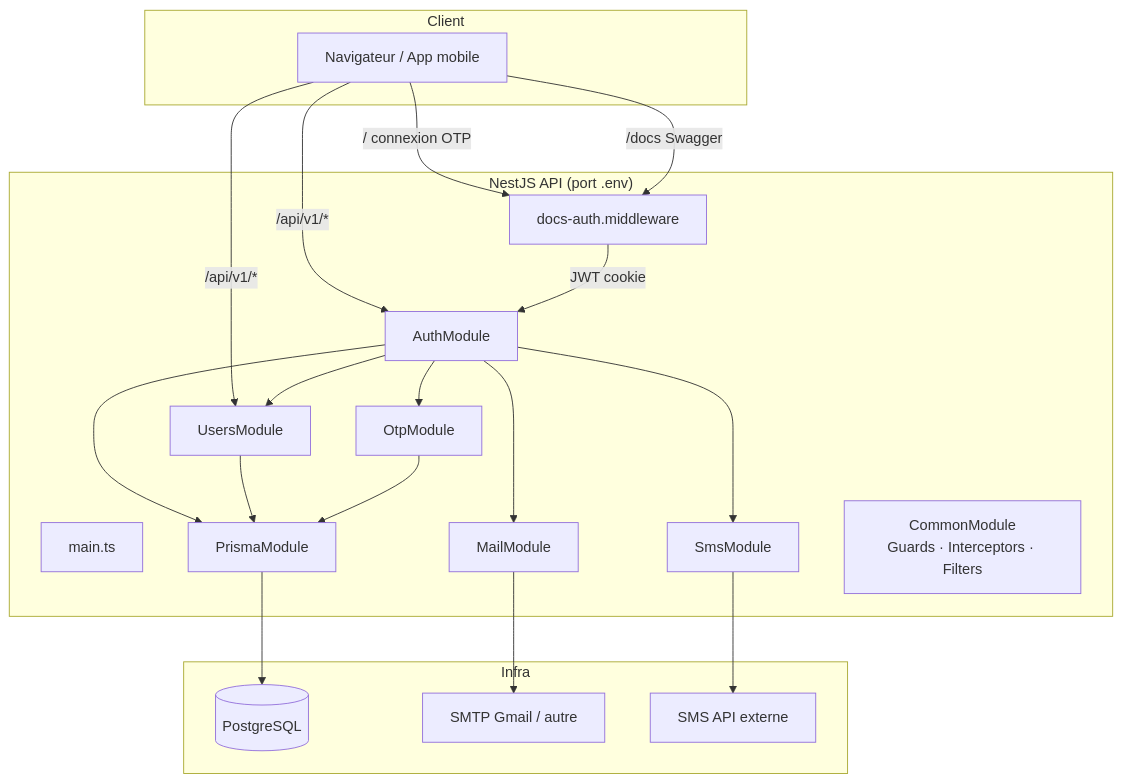
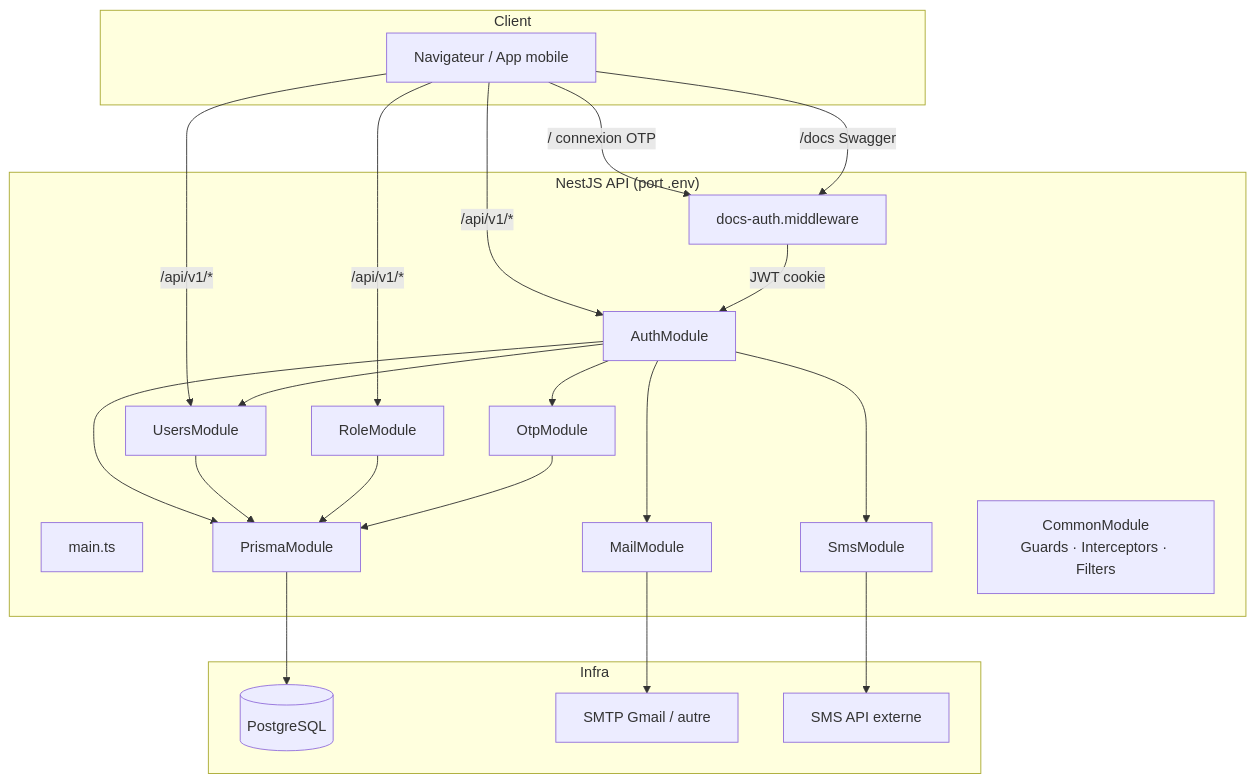
One commit to Vayrix-MATAG/api-vayrix changed the diagram in README.md. Above: the diagram before and after it, drawn with Mermaid. The commit also changed other lines of this file and 138 other files, not shown here.

````diff
--- a/README.md
+++ b/README.md
@@ -56,41 +126,44 @@
 ```mermaid
 flowchart TB
     subgraph Client
         WEB[Navigateur / App mobile]
     end
 
     subgraph NestJS["NestJS API (port .env)"]
         MAIN[main.ts]
         MW[docs-auth.middleware]
         AUTH[AuthModule]
         USERS[UsersModule]
+        ROLE[RoleModule]
         OTP[OtpModule]
         MAIL[MailModule]
         SMS[SmsModule]
         PRISMA[PrismaModule]
         COMMON[CommonModule<br/>Guards · Interceptors · Filters]
     end
 
     subgraph Infra
         PG[(PostgreSQL)]
         SMTP[SMTP Gmail / autre]
         SMSAPI[SMS API externe]
     end
 
     WEB -->|"/" connexion OTP| MW
     WEB -->|"/docs" Swagger| MW
     WEB -->|"/api/v1/*"| AUTH
     WEB -->|"/api/v1/*"| USERS
+    WEB -->|"/api/v1/*"| ROLE
 
     MW -->|JWT cookie| AUTH
     AUTH --> OTP
     AUTH --> MAIL
     AUTH --> SMS
     AUTH --> USERS
     AUTH --> PRISMA
     USERS --> PRISMA
+    ROLE --> PRISMA
     OTP --> PRISMA
     PRISMA --> PG
     MAIL --> SMTP
     SMS --> SMSAPI
 ```
````
